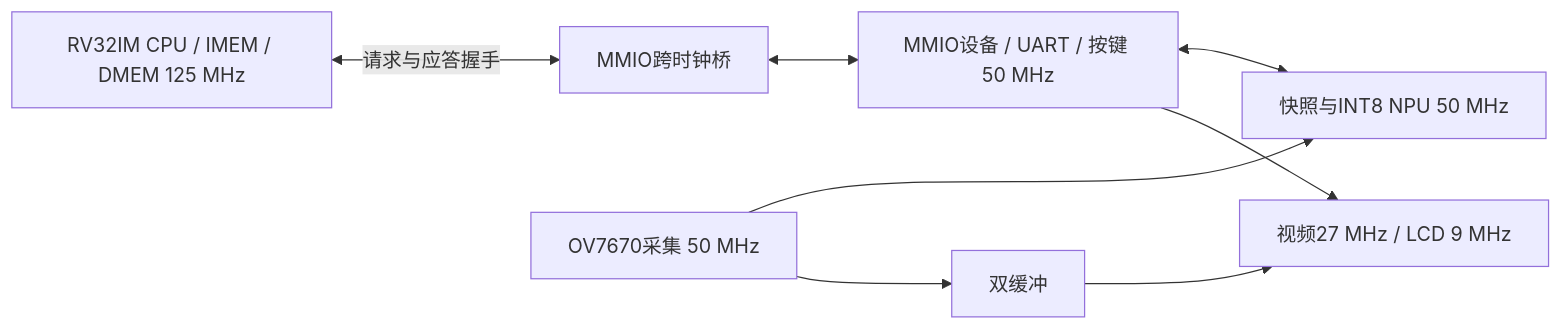
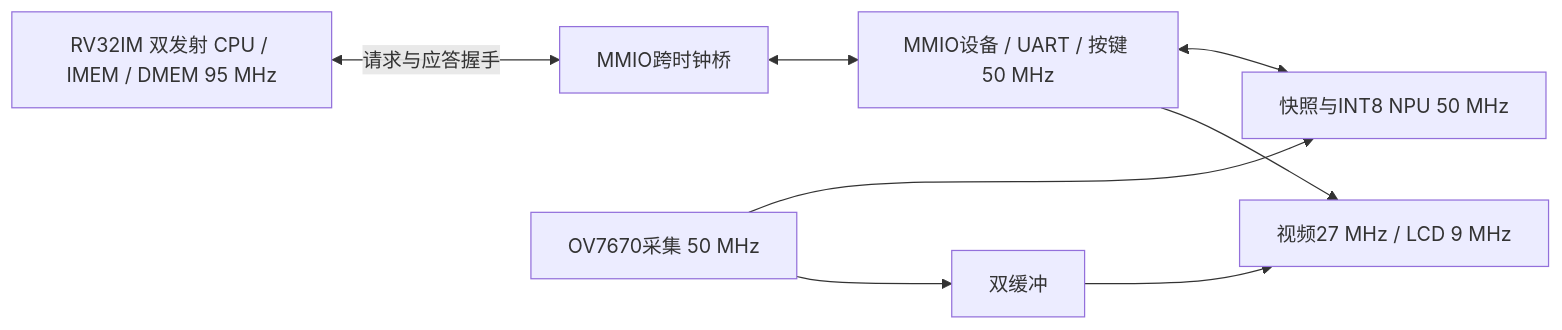
One commit to fgjg70/FPGA changed the diagram in fpga_pg2l100h/vision/CLOCK_SPLIT.md. Above: the diagram before and after it, drawn with Mermaid. The commit also changed other lines of this file and 7 other files, not shown here.

First line of the commit message:
docs: 同步"当前烧录版本 = 95MHz 双发射" —— 新增 CURRENT-BUILD.md 并修正 6 处文档口径

````diff
--- a/fpga_pg2l100h/vision/CLOCK_SPLIT.md
+++ b/fpga_pg2l100h/vision/CLOCK_SPLIT.md
@@ -13,10 +15,10 @@
 ```mermaid
 flowchart LR
-    CPU[RV32IM CPU / IMEM / DMEM 125 MHz] <-->|请求与应答握手| CDC[MMIO跨时钟桥]
+    CPU[RV32IM 双发射 CPU / IMEM / DMEM 95 MHz] <-->|请求与应答握手| CDC[MMIO跨时钟桥]
     CDC <--> BUS[MMIO设备 / UART / 按键 50 MHz]
     BUS <--> NPU[快照与INT8 NPU 50 MHz]
     CAM[OV7670采集 50 MHz] --> NPU
     CAM --> FB[双缓冲]
     FB --> LCD[视频27 MHz / LCD 9 MHz]
     BUS --> LCD
 ```
````
